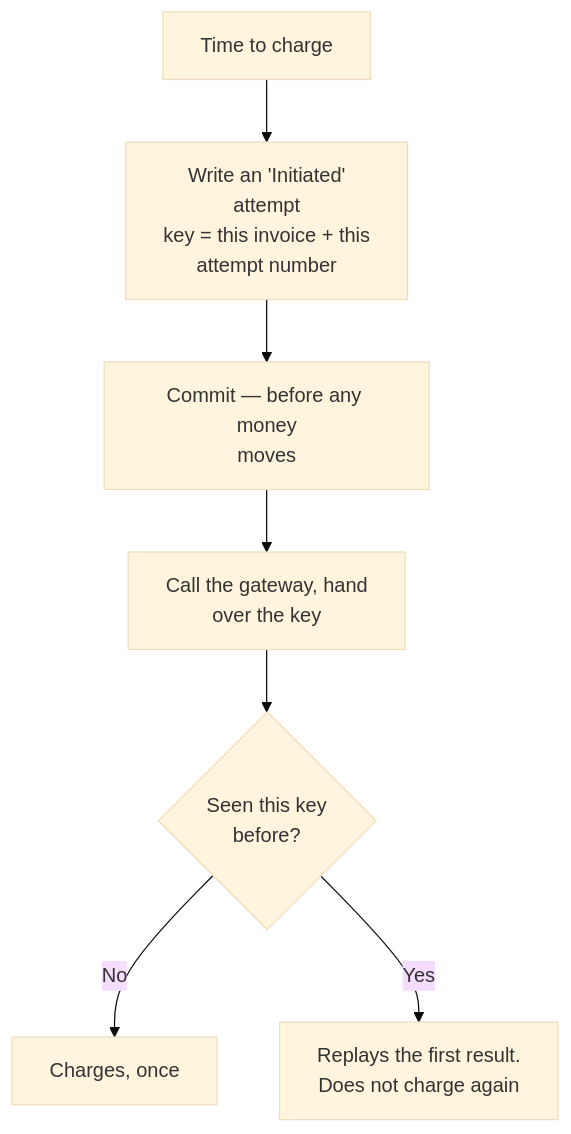
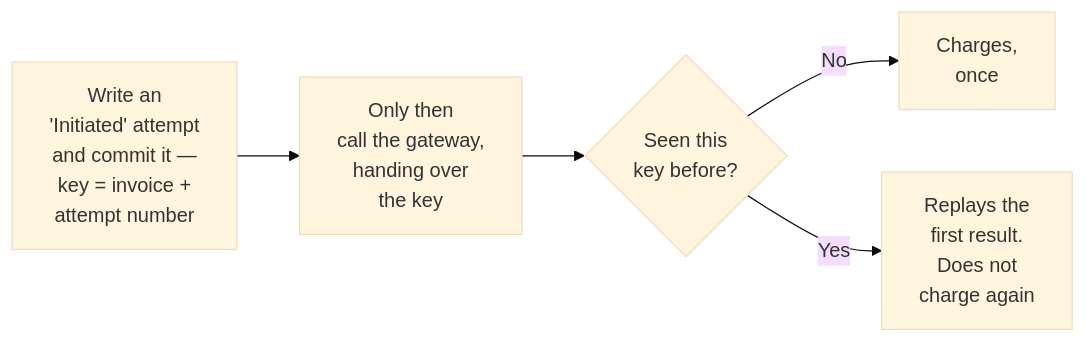
Before and after one commit to saurabh6790/v2-billing-specs: the diagram in diagrams/durable-intent.mmd, drawn with Mermaid (base theme). The commit also changed 15 other files, not shown here.

Commit message:
diagrams: read left to right, and label a fork that is not a choice

```diff
--- a/diagrams/durable-intent.mmd
+++ b/diagrams/durable-intent.mmd
@@ -1,14 +1,17 @@
-flowchart TD
-    A["Time to charge"] --> B["`Write an 'Initiated'
-attempt
-key = this invoice + this
-attempt number`"]
-    B --> C["`Commit — before any money
-moves`"]
-    C --> D["`Call the gateway, hand
-over the key`"]
-    D --> E{"`Seen this key
-before?`"}
-    E -->|"No"| F["Charges, once"]
-    E -->|"Yes"| G["`Replays the first result.
-Does not charge again`"]
+flowchart LR
+    B["`Write an
+'Initiated' attempt
+and commit it —
+key = invoice +
+attempt number`"] --> D["`Only then
+call the gateway,
+handing over
+the key`"]
+    D --> E{"`Seen this
+key before?`"}
+    E -->|"No"| F["`Charges,
+once`"]
+    E -->|"Yes"| G["`Replays the
+first result.
+Does not
+charge again`"]
```
